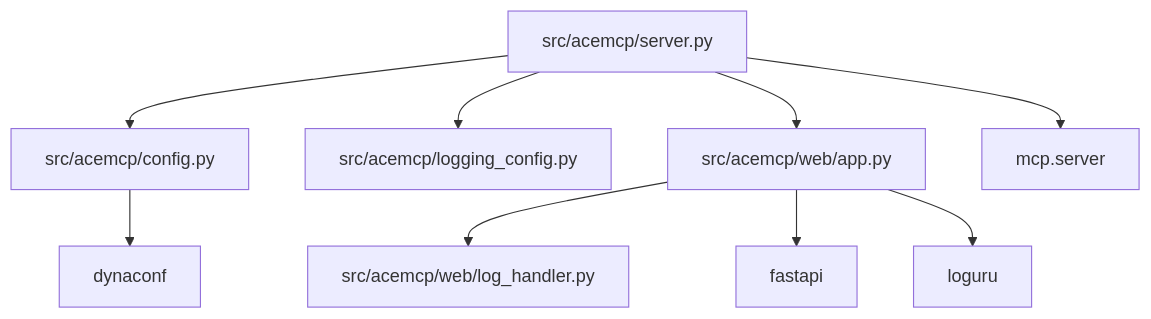
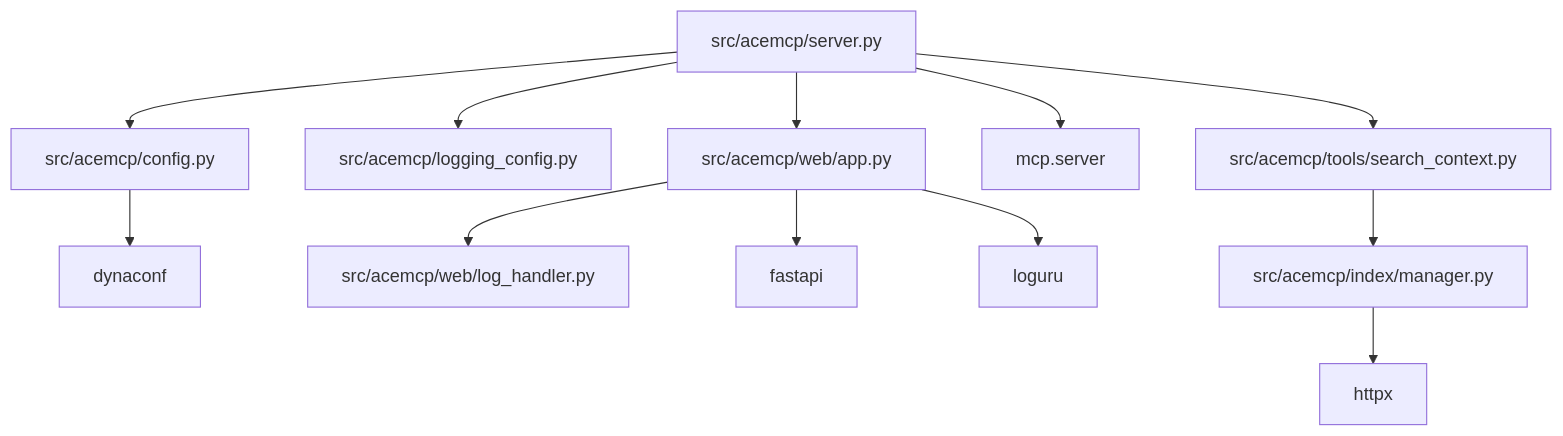
The fifth of 5 diagrams in .qoder/repowiki/zh/content/核心架构与设计/服务启动流程.md (gittool/acemcp), drawn with Mermaid before and after one commit. The commit also changed other lines of this file and 3 other files, not shown here.

````diff
--- a/.qoder/repowiki/zh/content/核心架构与设计/服务启动流程.md
+++ b/.qoder/repowiki/zh/content/核心架构与设计/服务启动流程.md
@@ -153,11 +225,14 @@
 ```mermaid
 graph TD
 A[src/acemcp/server.py] --> B[src/acemcp/config.py]
 A --> C[src/acemcp/logging_config.py]
 A --> D[src/acemcp/web/app.py]
 D --> E[src/acemcp/web/log_handler.py]
 B --> F[dynaconf]
 D --> G[fastapi]
 D --> H[loguru]
 A --> I[mcp.server]
+A --> J[src/acemcp/tools/search_context.py]
+J --> K[src/acemcp/index/manager.py]
+K --> L[httpx]
 ```
````
